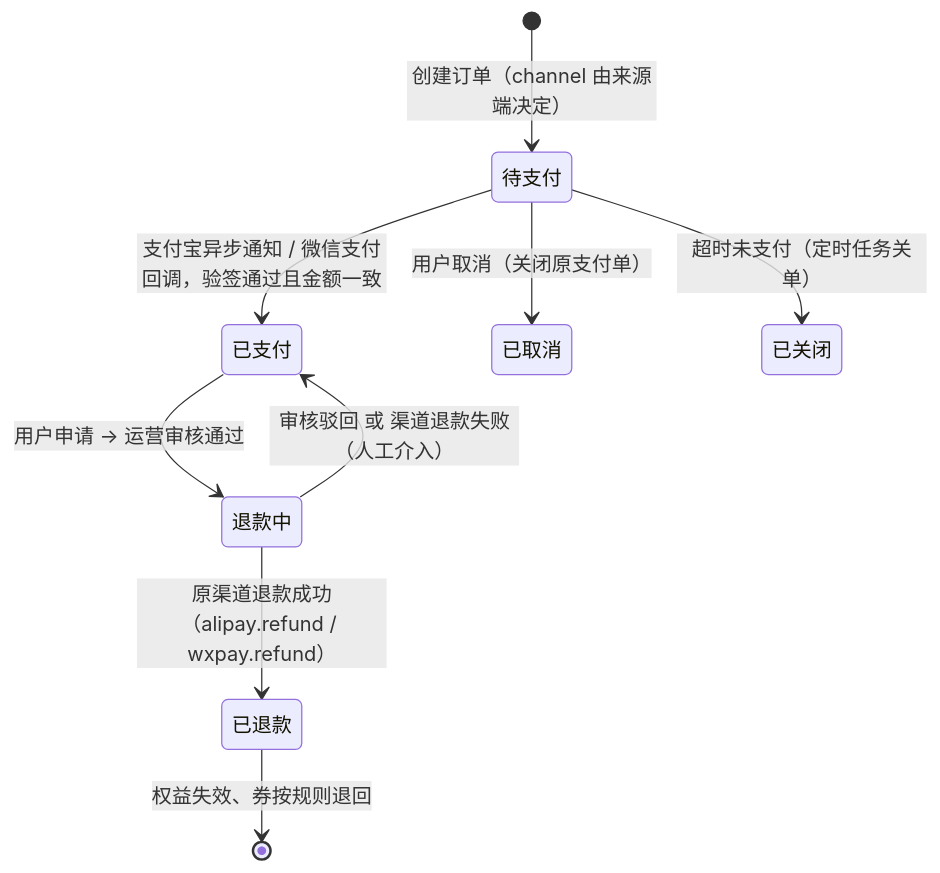
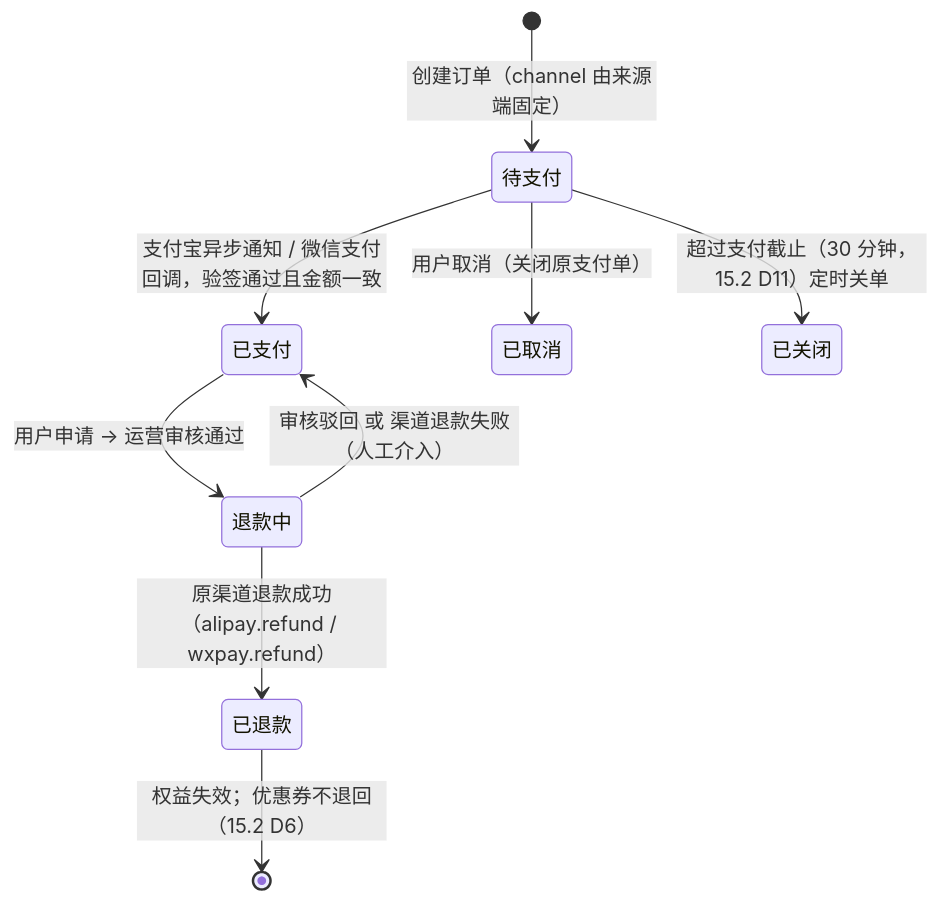
One commit to HH112-ux/lesson-platform changed the second of 8 diagrams in docs/06-engineering-plan.md. Above: the diagram before and after it, drawn with Mermaid. The commit also changed other lines of this file and 1 other file, not shown here.

````diff
--- a/docs/06-engineering-plan.md
+++ b/docs/06-engineering-plan.md
@@ -157,11 +161,11 @@
 ```mermaid
 stateDiagram-v2
-    [*] --> 待支付: 创建订单（channel 由来源端决定）
+    [*] --> 待支付: 创建订单（channel 由来源端固定）
     待支付 --> 已支付: 支付宝异步通知 / 微信支付回调，验签通过且金额一致
     待支付 --> 已取消: 用户取消（关闭原支付单）
-    待支付 --> 已关闭: 超时未支付（定时任务关单）
+    待支付 --> 已关闭: 超过支付截止（30 分钟，15.2 D11）定时关单
     已支付 --> 退款中: 用户申请 → 运营审核通过
     退款中 --> 已退款: 原渠道退款成功（alipay.refund / wxpay.refund）
     退款中 --> 已支付: 审核驳回 或 渠道退款失败（人工介入）
-    已退款 --> [*]: 权益失效、券按规则退回
+    已退款 --> [*]: 权益失效；优惠券不退回（15.2 D6）
 ```
````
